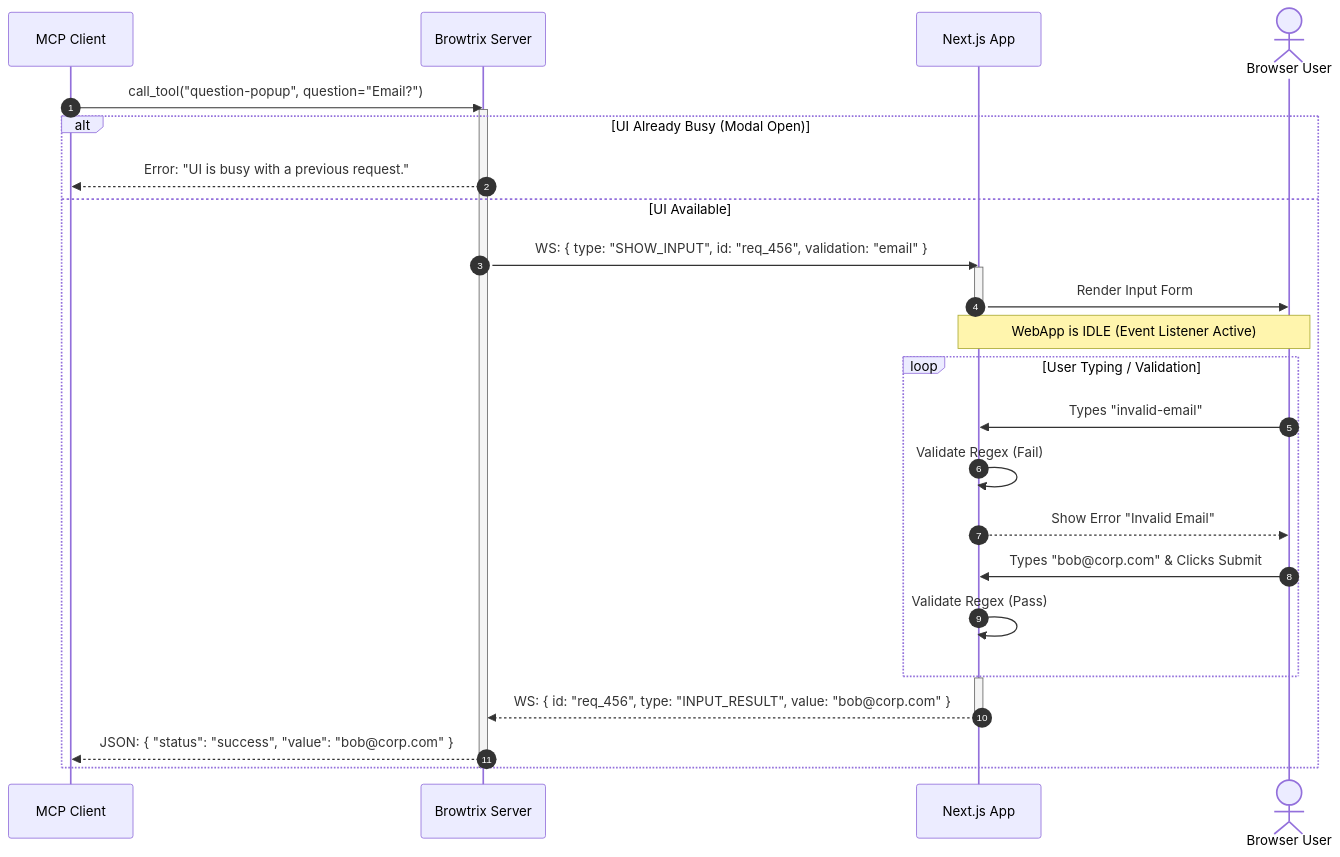
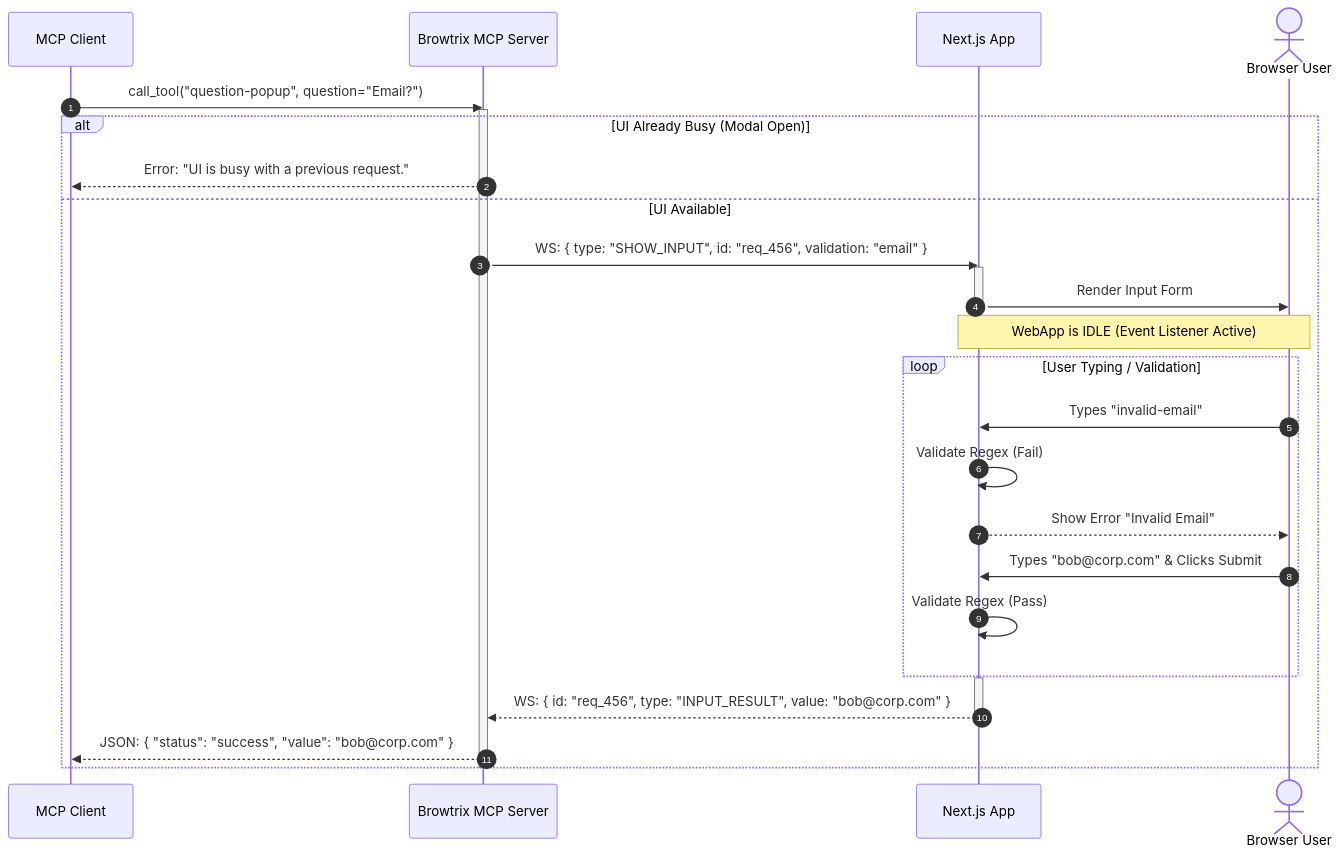
Before and after one commit to InduwaraSMPN/browtrix: the diagram in docs/sequence_diagrams/browtrix_question_popup.mermaid, drawn with Mermaid. The commit also changed 14 other files, not shown here.

First line of the commit message:
refactor: rename to Browtrix MCP Server, drop error classes

```diff
--- a/docs/sequence_diagrams/browtrix_question_popup.mermaid
+++ b/docs/sequence_diagrams/browtrix_question_popup.mermaid
@@ -1,36 +1,36 @@
 sequenceDiagram
     autonumber
     participant Client as MCP Client
-    participant Server as Browtrix Server
+    participant Server as Browtrix MCP Server
     participant WebApp as Next.js App
     actor WebUser as Browser User
 
     Client->>Server: call_tool("question-popup", question="Email?")
     activate Server
 
     alt UI Already Busy (Modal Open)
         Server-->>Client: Error: "UI is busy with a previous request."
     else UI Available
         Server->>WebApp: WS: { type: "SHOW_INPUT", id: "req_456", validation: "email" }
         activate WebApp
         WebApp->>WebUser: Render Input Form
         deactivate WebApp
         
         Note over WebApp, WebUser: WebApp is IDLE (Event Listener Active)
 
         loop User Typing / Validation
             WebUser->>WebApp: Types "invalid-email"
             WebApp->>WebApp: Validate Regex (Fail)
             WebApp-->>WebUser: Show Error "Invalid Email"
             
             WebUser->>WebApp: Types "bob@corp.com" & Clicks Submit
             WebApp->>WebApp: Validate Regex (Pass)
         end
 
         activate WebApp
         WebApp-->>Server: WS: { id: "req_456", type: "INPUT_RESULT", value: "bob@corp.com" }
         deactivate WebApp
 
         Server-->>Client: JSON: { "status": "success", "value": "bob@corp.com" }
     end
     deactivate Server
```
